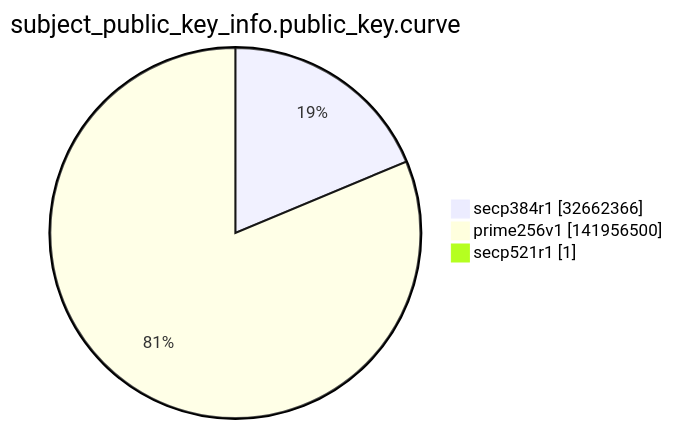
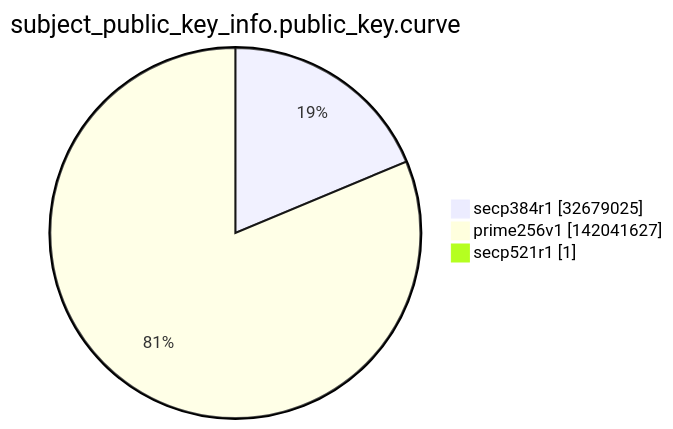
Before and after one commit to christiankrug/ctmonitor_visualization: the ninth of 15 diagrams in argon2022/README.md, drawn with Mermaid. The commit also changed other lines of this file, not shown here.

````diff
--- a/argon2022/README.md
+++ b/argon2022/README.md
@@ -2763,7 +2763,7 @@
 ```mermaid
 pie showData
 title subject_public_key_info.public_key.curve
-"secp384r1" :32662366
-"prime256v1" :141956500
+"secp384r1" :32679025
+"prime256v1" :142041627
 "secp521r1" :1
 ```
````
